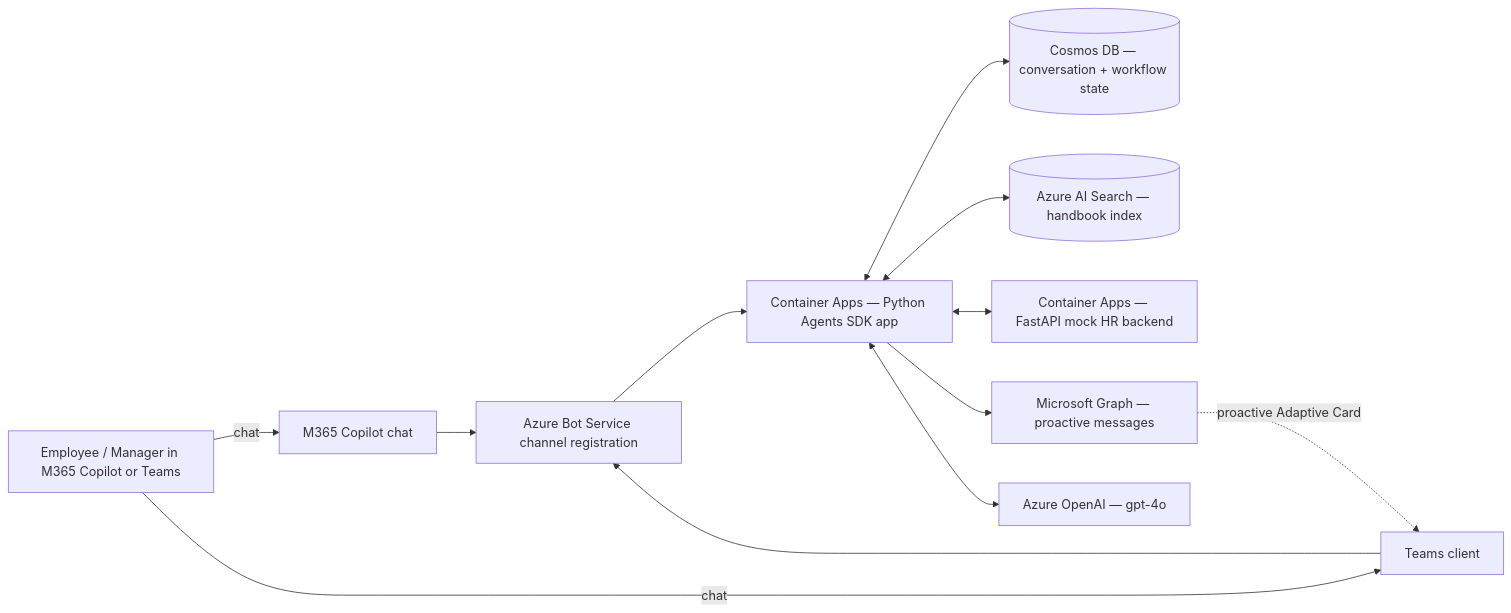
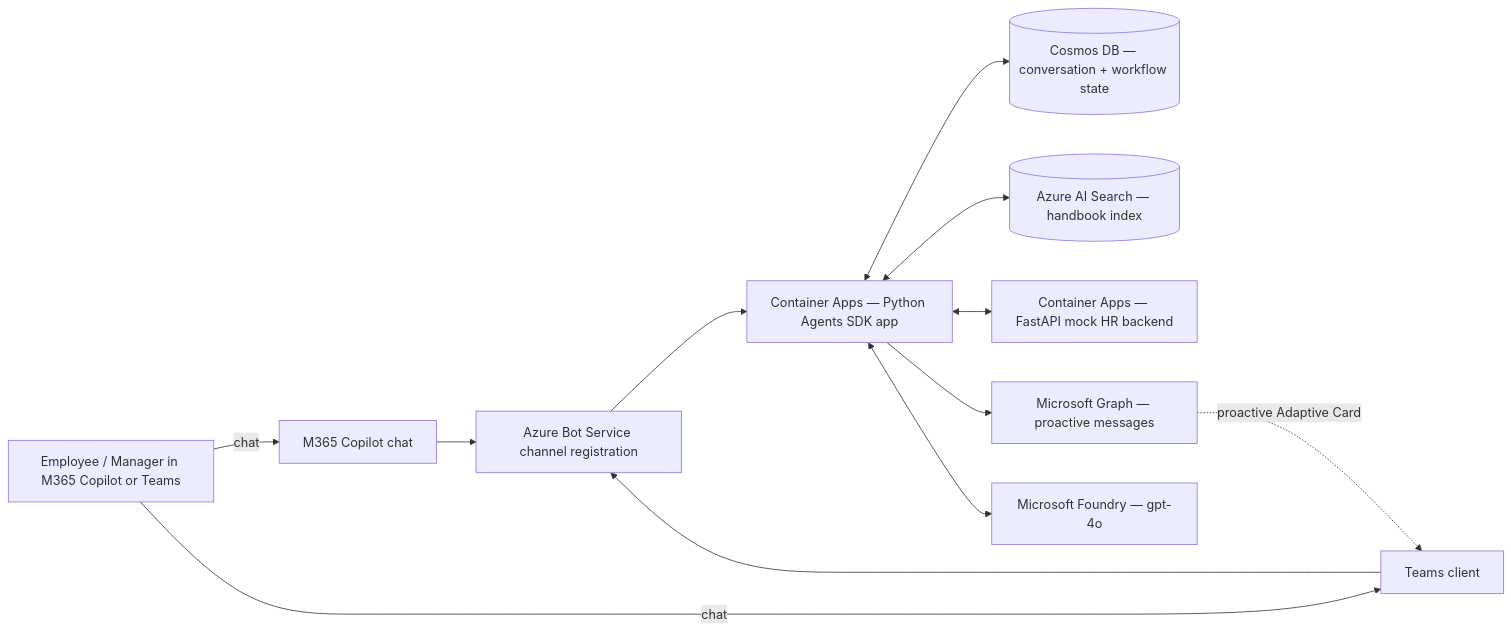
The diagram in docs/architecture/m365-agent.md (jonathandhaene/hr-agents-comparison), drawn with Mermaid before and after one commit. The commit also changed 26 other files, not shown here.

First line of the commit message:
feat: replace Azure OpenAI references with Microsoft Foundry across all IaC, Python, and docs

````diff
--- a/docs/architecture/m365-agent.md
+++ b/docs/architecture/m365-agent.md
@@ -7,25 +7,25 @@
 ```mermaid
 flowchart LR
   user["Employee / Manager in M365 Copilot or Teams"]
   copilot["M365 Copilot chat"]
   teams["Teams client"]
   bot["Azure Bot Service channel registration"]
   app["Container Apps — Python Agents SDK app"]
   cosmos[("Cosmos DB — conversation + workflow state")]
   search[("Azure AI Search — handbook index")]
   api["Container Apps — FastAPI mock HR backend"]
   msgraph["Microsoft Graph — proactive messages"]
-  ai["Azure OpenAI — gpt-4o"]
+  ai["Microsoft Foundry — gpt-4o"]
 
   user -->|chat| copilot
   user -->|chat| teams
   copilot --> bot
   teams --> bot
   bot --> app
   app <--> cosmos
   app <--> search
   app <--> api
   app --> msgraph
   app <--> ai
   msgraph -. proactive Adaptive Card .-> teams
 ```
````
